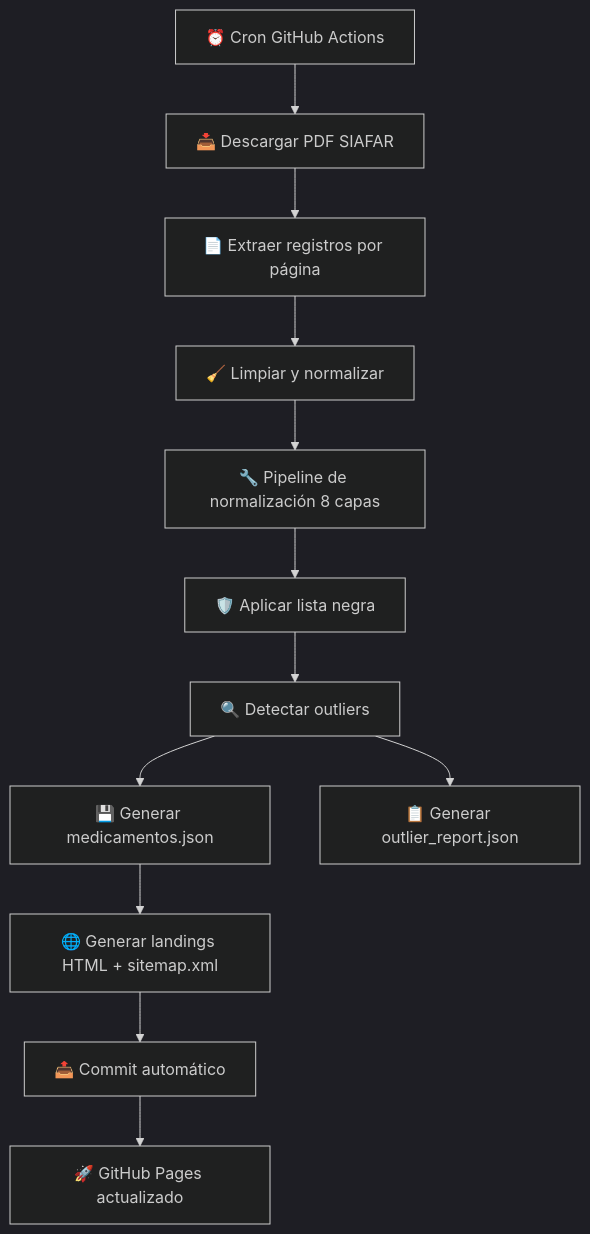
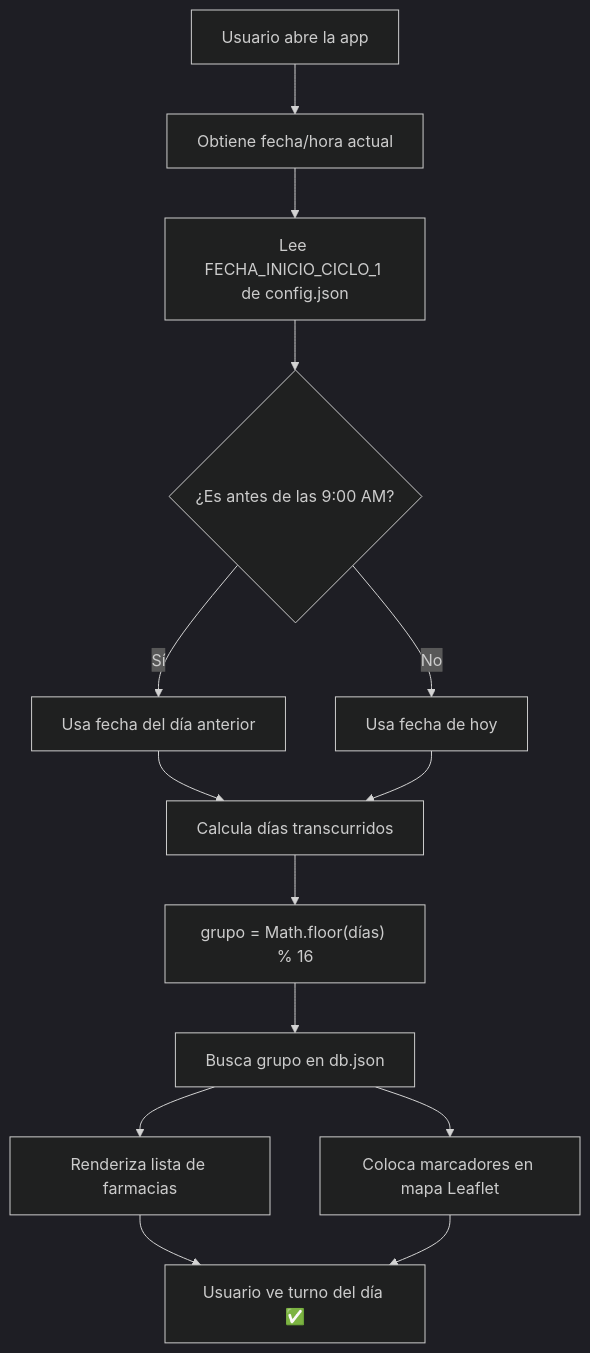
One commit to psbella/turnos changed the first of 8 diagrams in README.md. Above: the diagram before and after it, drawn with Mermaid (dark theme). The commit also changed other lines of this file, not shown here.

````diff
--- a/README.md
+++ b/README.md
@@ -319,28 +73,16 @@
 ```mermaid
 flowchart TD
-
-    A[⏰ Cron GitHub Actions]
-    B[📥 Descargar PDF SIAFAR]
-    C[📄 Extraer registros por página]
-    D[🧹 Limpiar y normalizar]
-    N1[🔧 Pipeline de normalización 8 capas]
-    BL[🛡️ Aplicar lista negra]
-    E[🔍 Detectar outliers]
-    F[💾 Generar medicamentos.json]
-    R[📋 Generar outlier_report.json]
-    G[🌐 Generar landings HTML + sitemap.xml]
-    H[📤 Commit automático]
-    I[🚀 GitHub Pages actualizado]
-
-    A --> B
-    B --> C
-    C --> D
-    D --> N1
-    N1 --> BL
-    BL --> E
-    E --> F
-    E --> R
+    A[Usuario abre la app] --> B[Obtiene fecha/hora actual]
+    B --> C[Lee FECHA_INICIO_CICLO_1 de config.json]
+    C --> D{¿Es antes de las 9:00 AM?}
+    D -- Sí --> E[Usa fecha del día anterior]
+    D -- No --> F[Usa fecha de hoy]
+    E --> G[Calcula días transcurridos]
     F --> G
-    G --> H
-    H --> I
+    G --> H["grupo = Math.floor(días) % 16"]
+    H --> I[Busca grupo en db.json]
+    I --> J[Renderiza lista de farmacias]
+    I --> K[Coloca marcadores en mapa Leaflet]
+    J --> L[Usuario ve turno del día ✅]
+    K --> L
 ```
````
